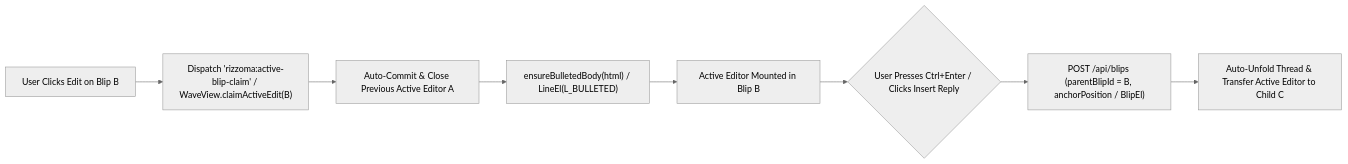
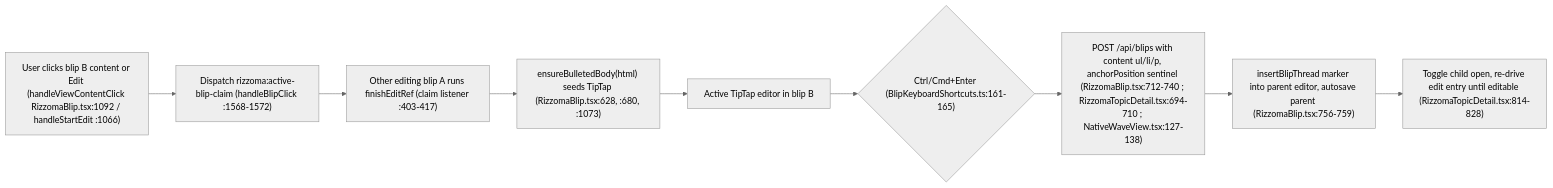
Before and after one commit to HCSS-StratBase/rizzoma: the second of 2 diagrams in wiki/subsystems/blb-and-editor-invariants.md, drawn with Mermaid (neutral theme). The commit also changed other lines of this file and 17 other files, not shown here.

````diff
--- a/wiki/subsystems/blb-and-editor-invariants.md
+++ b/wiki/subsystems/blb-and-editor-invariants.md
@@ -54,10 +58,11 @@
 ```mermaid
 graph LR
-    CLICK_EDIT["User Clicks Edit on Blip B"] --> CLAIM["Dispatch 'rizzoma:active-blip-claim' / WaveView.claimActiveEdit(B)"]
-    CLAIM --> CLOSE_PREV["Auto-Commit & Close Previous Active Editor A"]
-    CLOSE_PREV --> ENFORCE_UL["ensureBulletedBody(html) / LineEl(L_BULLETED)"]
-    ENFORCE_UL --> EDIT_ACTIVE["Active Editor Mounted in Blip B"]
-    EDIT_ACTIVE --> SHORTCUT{"User Presses Ctrl+Enter / Clicks Insert Reply"}
-    SHORTCUT --> CREATE_CHILD["POST /api/blips (parentBlipId = B, anchorPosition / BlipEl)"]
-    CREATE_CHILD --> FOCUS_CHILD["Auto-Unfold Thread & Transfer Active Editor to Child C"]
+    CLICK_EDIT["User clicks blip B content or Edit (handleViewContentClick RizzomaBlip.tsx:1092 / handleStartEdit :1066)"] --> CLAIM["Dispatch rizzoma:active-blip-claim (handleBlipClick :1568-1572)"]
+    CLAIM --> CLOSE_PREV["Other editing blip A runs finishEditRef (claim listener :403-417)"]
+    CLOSE_PREV --> ENFORCE_UL["ensureBulletedBody(html) seeds TipTap (RizzomaBlip.tsx:628, :680, :1073)"]
+    ENFORCE_UL --> EDIT_ACTIVE["Active TipTap editor in blip B"]
+    EDIT_ACTIVE --> SHORTCUT{"Ctrl/Cmd+Enter (BlipKeyboardShortcuts.ts:161-165)"}
+    SHORTCUT --> CREATE_CHILD["POST /api/blips with content ul/li/p, anchorPosition sentinel (RizzomaBlip.tsx:712-740 ; RizzomaTopicDetail.tsx:694-710 ; NativeWaveView.tsx:127-138)"]
+    CREATE_CHILD --> MARKER["insertBlipThread marker into parent editor, autosave parent (RizzomaBlip.tsx:756-759)"]
+    MARKER --> FOCUS_CHILD["Toggle child open, re-drive edit entry until editable (RizzomaTopicDetail.tsx:814-828)"]
 ```
````
